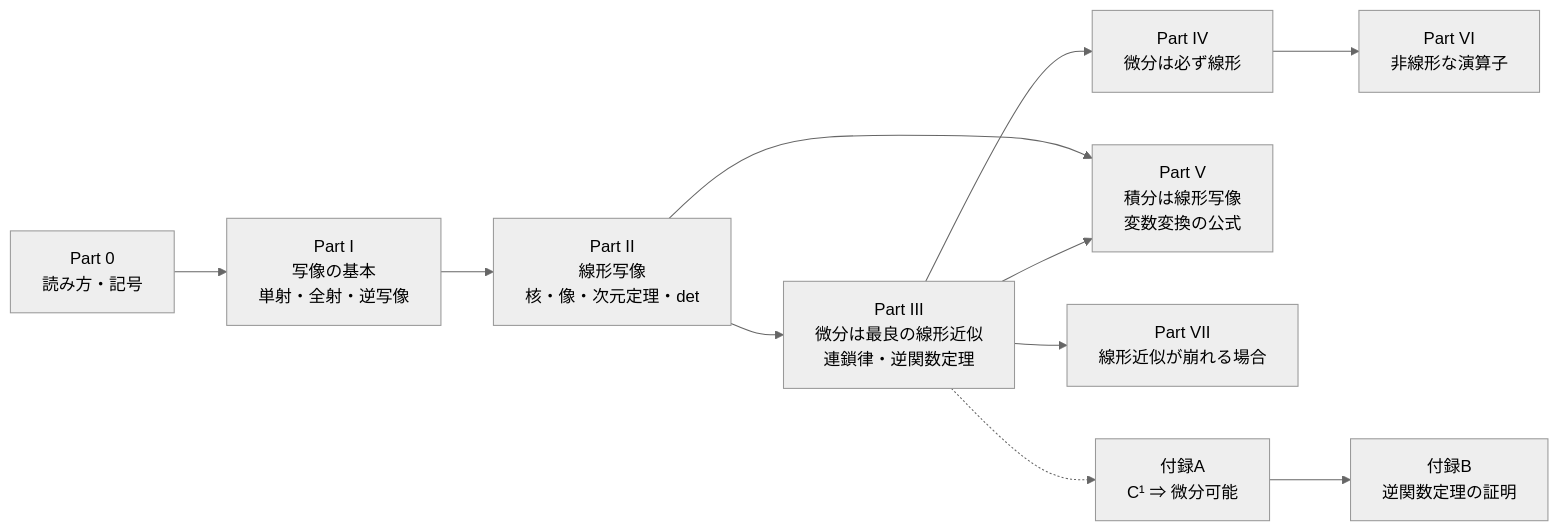
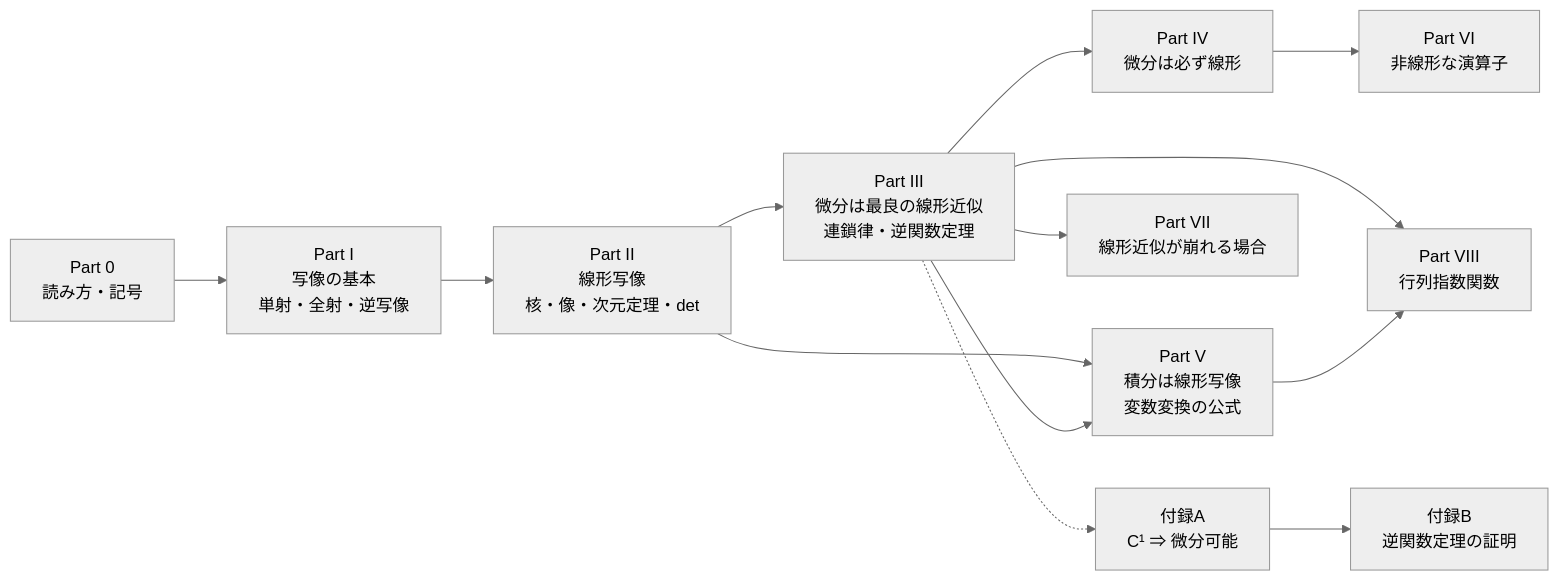
Before and after one commit to kazuma0606/quantum-study: the diagram in 研究ノート/01_基礎・ベクトル解析/functions_linear_maps_derivatives_integrals.md, drawn with Mermaid (neutral theme). The commit also changed other lines of this file and 2 other files, not shown here.

First line of the commit message:
Add Part VIII to the functions/linear maps note: the matrix exponential

````diff
--- a/研究ノート/01_基礎・ベクトル解析/functions_linear_maps_derivatives_integrals.md
+++ b/研究ノート/01_基礎・ベクトル解析/functions_linear_maps_derivatives_integrals.md
@@ -117,20 +125,23 @@
 ```mermaid
 flowchart LR
     P0["Part 0<br/>読み方・記号"]
     P1["Part I<br/>写像の基本<br/>単射・全射・逆写像"]
     P2["Part II<br/>線形写像<br/>核・像・次元定理・det"]
     P3["Part III<br/>微分は最良の線形近似<br/>連鎖律・逆関数定理"]
     P4["Part IV<br/>微分は必ず線形"]
     P5["Part V<br/>積分は線形写像<br/>変数変換の公式"]
     P6["Part VI<br/>非線形な演算子"]
     P7["Part VII<br/>線形近似が崩れる場合"]
+    P8["Part VIII<br/>行列指数関数"]
 
     P0 --> P1 --> P2 --> P3 --> P4
     P2 --> P5
     P3 --> P5
     P4 --> P6
     P3 --> P7
+    P3 --> P8
+    P5 --> P8
     A["付録A<br/>C¹ ⇒ 微分可能"]
     B["付録B<br/>逆関数定理の証明"]
     P3 -.-> A --> B
 ```
````
